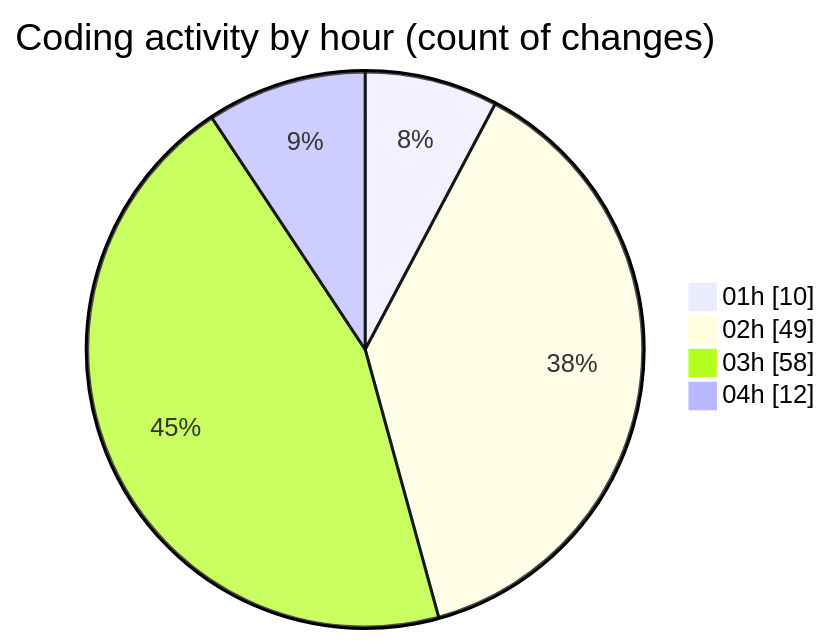
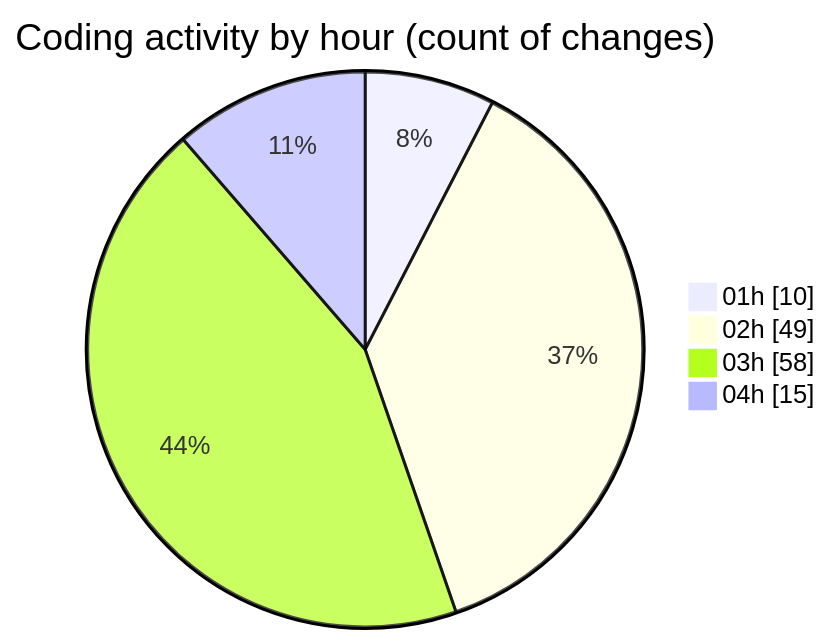
The second of 2 diagrams in 2025-11-21/eventscop-frontend-guide__workspace_/README.md (julien-gomy/code-tracking), drawn with Mermaid before and after one commit. The commit also changed other lines of this file and 1 other file, not shown here.

````diff
--- a/2025-11-21/eventscop-frontend-guide__workspace_/README.md
+++ b/2025-11-21/eventscop-frontend-guide__workspace_/README.md
@@ -71,8 +71,8 @@
 ```mermaid
 pie showData
 title Coding activity by hour (count of changes)
 "01h" : 10
 "02h" : 49
 "03h" : 58
-"04h" : 12
+"04h" : 15
 ```
````
